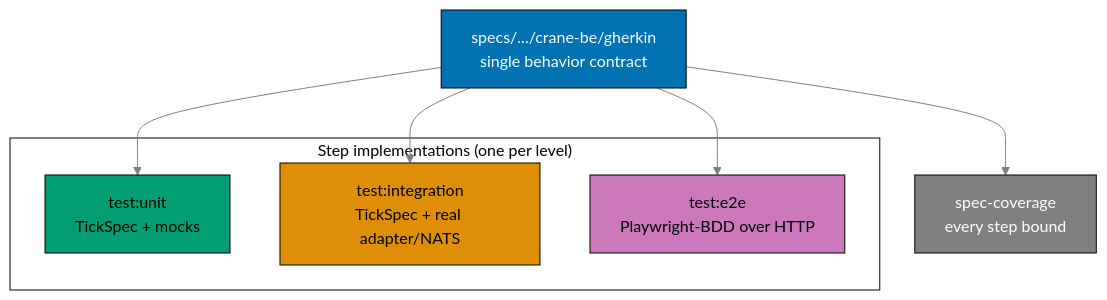
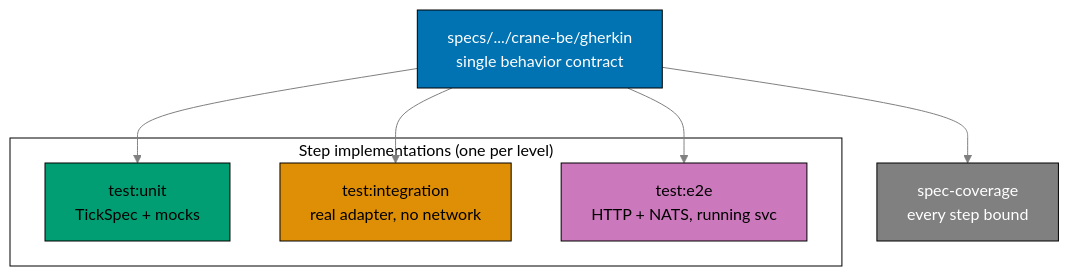
The second of 2 diagrams in plans/in-progress/bootstrap-be-messaging-and-crane-media/README.md (wahidyankf/baseerah), drawn with Mermaid (neutral theme) before and after one commit. The commit also changed other lines of this file and 4 other files, not shown here.

````diff
--- a/plans/in-progress/bootstrap-be-messaging-and-crane-media/README.md
+++ b/plans/in-progress/bootstrap-be-messaging-and-crane-media/README.md
@@ -149,27 +158,27 @@
 ```mermaid
 %% Color-blind-friendly palette: blue #0173B2, orange #DE8F05, green #029E73, purple #CC78BC, grey #808080
 flowchart TB
   GHERKIN["specs/.../crane-be/gherkin<br/>single behavior contract"]
 
   subgraph LEVELS["Step implementations (one per level)"]
     U["test:unit<br/>TickSpec + mocks"]
-    I["test:integration<br/>TickSpec + real adapter/NATS"]
-    E["test:e2e<br/>Playwright-BDD over HTTP"]
+    I["test:integration<br/>real adapter, no network"]
+    E["test:e2e<br/>HTTP + NATS, running svc"]
   end
 
   COV["spec-coverage<br/>every step bound"]
 
   GHERKIN --> U
   GHERKIN --> I
   GHERKIN --> E
   GHERKIN --> COV
 
   linkStyle default stroke:#808080,stroke-width:1px
 
   style GHERKIN fill:#0173B2,stroke:#000000,color:#FFFFFF
   style LEVELS fill:#FFFFFF,stroke:#000000,color:#000000
   style U fill:#029E73,stroke:#000000,color:#000000
   style I fill:#DE8F05,stroke:#000000,color:#000000
   style E fill:#CC78BC,stroke:#000000,color:#000000
   style COV fill:#808080,stroke:#000000,color:#FFFFFF
 ```
````
